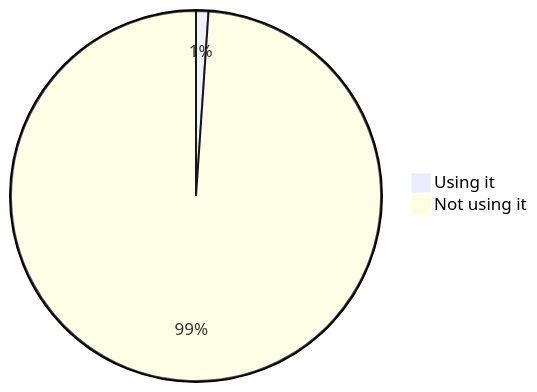
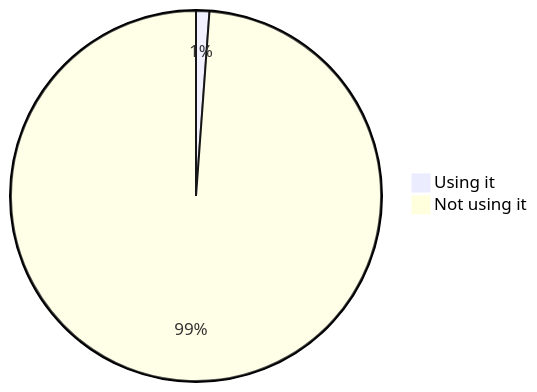
One commit to oshp/oshp-stats changed the fifth of 22 diagrams in stats.md. Above: the diagram before and after it, drawn with Mermaid. The commit also changed other lines of this file, not shown here.

````diff
--- a/stats.md
+++ b/stats.md
@@ -58,6 +58,6 @@
 ```mermaid
 pie
-	"Using it" : 1.08
-	"Not using it" : 98.92
+	"Using it" : 1.16
+	"Not using it" : 98.84
 
 ```
````
